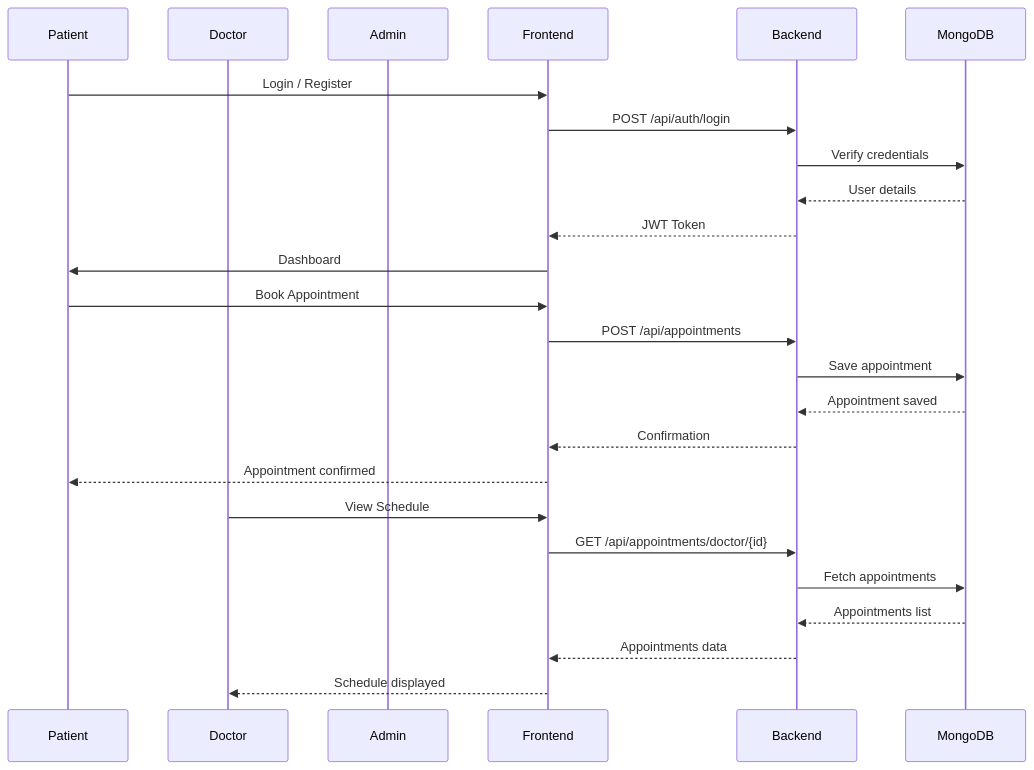
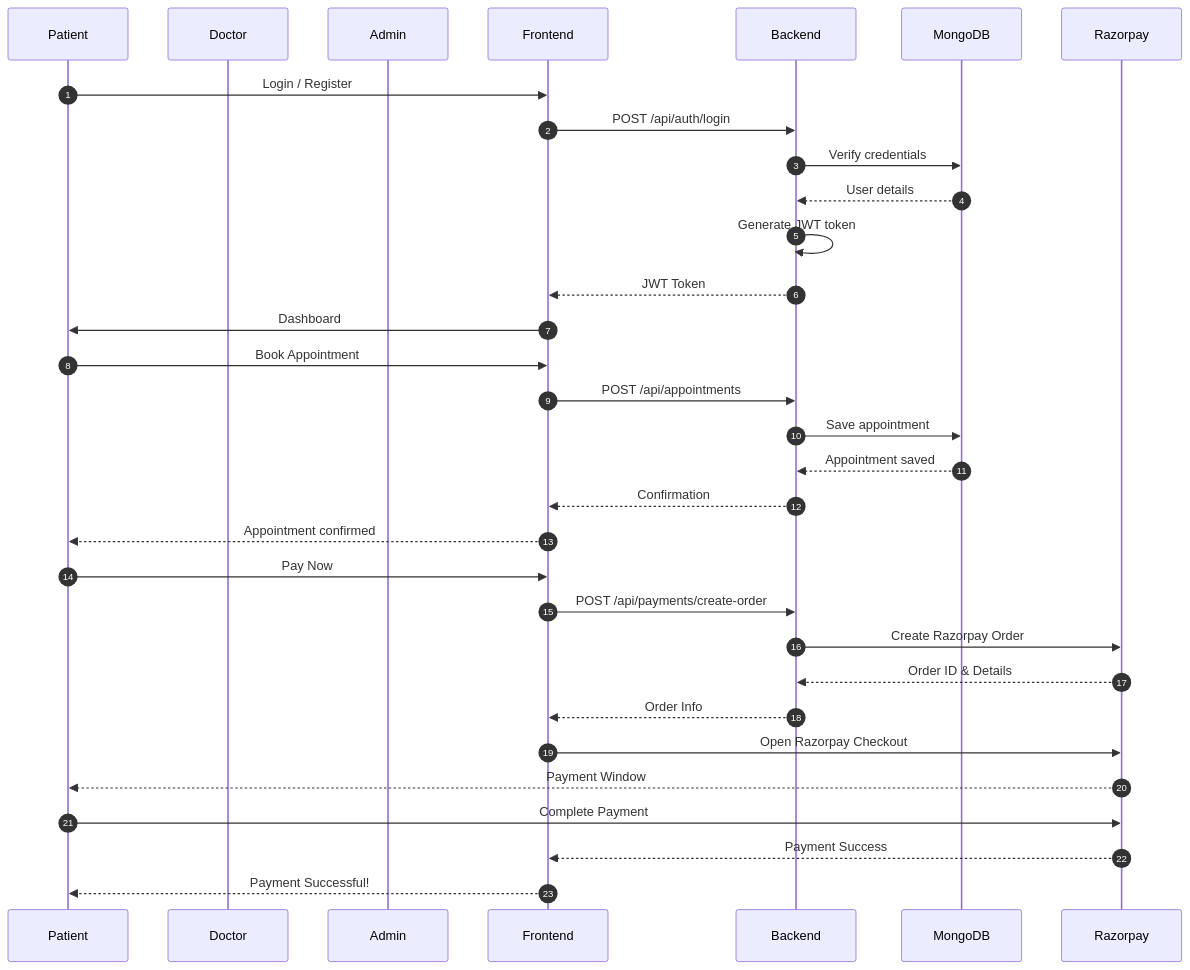
The third of 4 diagrams in README.md (maheshshinde9100/opdheal), drawn with Mermaid before and after one commit. The commit also changed other lines of this file and 5 other files, not shown here.

````diff
--- a/README.md
+++ b/README.md
@@ -153,30 +185,37 @@
 ```mermaid
 sequenceDiagram
-    participant Patient
-    participant Doctor
-    participant Admin
-    participant Frontend
-    participant Backend
-    participant MongoDB
+    autonumber
+    participant P as Patient
+    participant D as Doctor
+    participant A as Admin
+    participant F as Frontend
+    participant B as Backend
+    participant M as MongoDB
+    participant R as Razorpay
+    
+    P->>F: Login / Register
+    F->>B: POST /api/auth/login
+    B->>M: Verify credentials
+    M-->>B: User details
+    B->>B: Generate JWT token
+    B-->>F: JWT Token
+    F->>P: Dashboard
 
-    Patient->>Frontend: Login / Register
-    Frontend->>Backend: POST /api/auth/login
-    Backend->>MongoDB: Verify credentials
-    MongoDB-->>Backend: User details
-    Backend-->>Frontend: JWT Token
-    Frontend->>Patient: Dashboard
-
-    Patient->>Frontend: Book Appointment
-    Frontend->>Backend: POST /api/appointments
-    Backend->>MongoDB: Save appointment
-    MongoDB-->>Backend: Appointment saved
-    Backend-->>Frontend: Confirmation
-    Frontend-->>Patient: Appointment confirmed
-
-    Doctor->>Frontend: View Schedule
-    Frontend->>Backend: GET /api/appointments/doctor/{id}
-    Backend->>MongoDB: Fetch appointments
-    MongoDB-->>Backend: Appointments list
-    Backend-->>Frontend: Appointments data
-    Frontend-->>Doctor: Schedule displayed
+    P->>F: Book Appointment
+    F->>B: POST /api/appointments
+    B->>M: Save appointment
+    M-->>B: Appointment saved
+    B-->>F: Confirmation
+    F-->>P: Appointment confirmed
+    
+    P->>F: Pay Now
+    F->>B: POST /api/payments/create-order
+    B->>R: Create Razorpay Order
+    R-->>B: Order ID & Details
+    B-->>F: Order Info
+    F->>R: Open Razorpay Checkout
+    R-->>P: Payment Window
+    P->>R: Complete Payment
+    R-->>F: Payment Success
+    F-->>P: Payment Successful!
 ```
````
